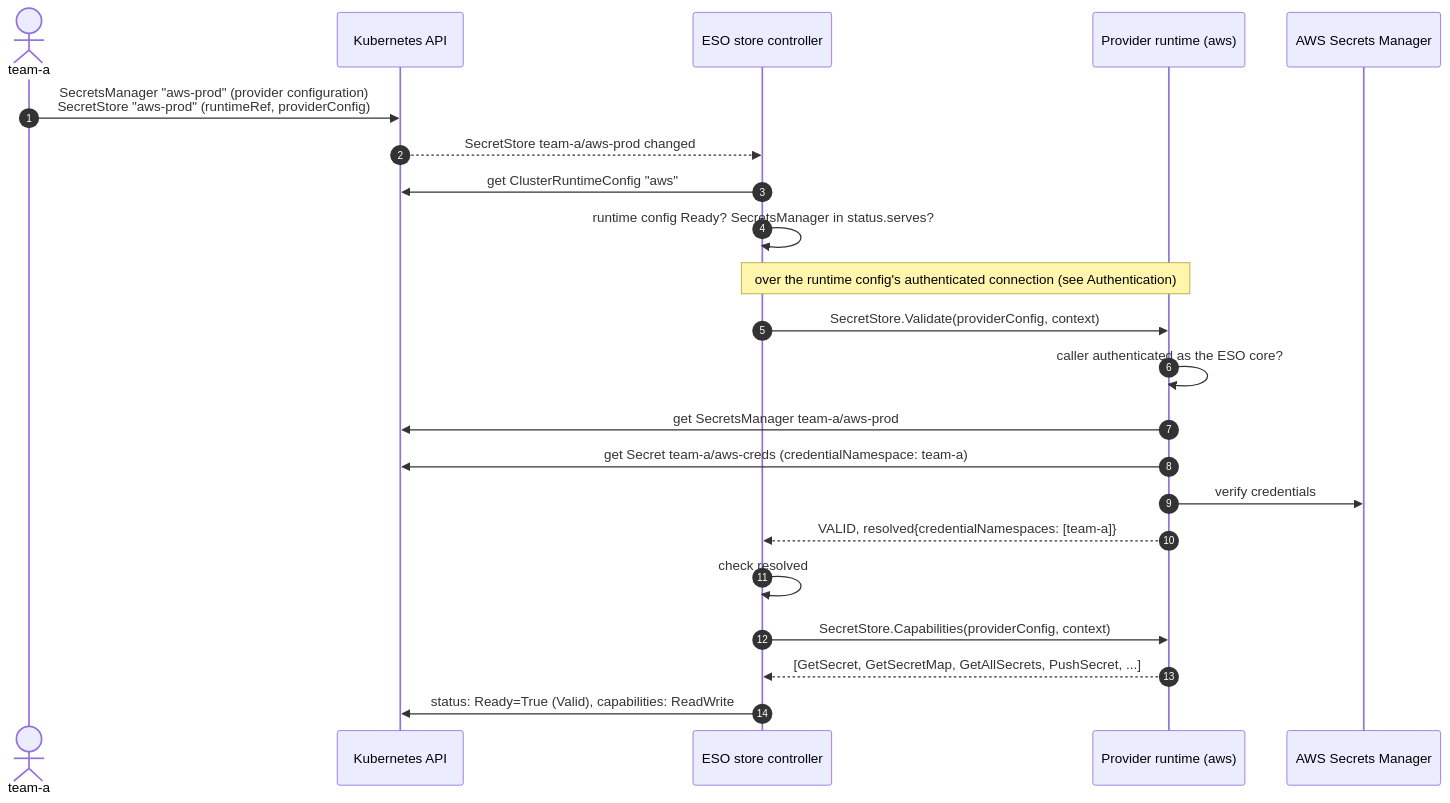
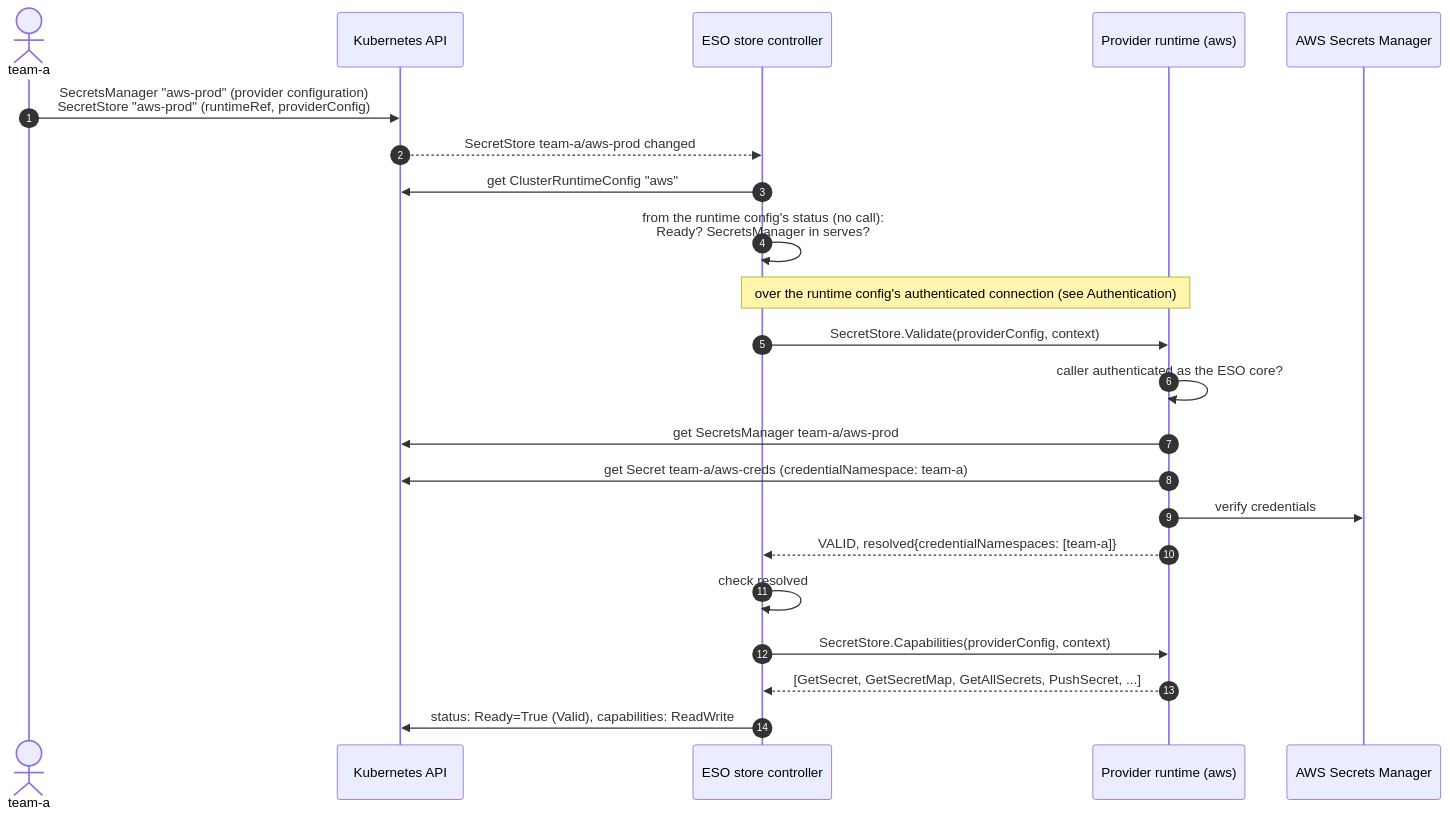
One commit to external-secrets/external-secrets changed the third of 6 diagrams in design/014/PROTOCOL.md. Above: the diagram before and after it, drawn with Mermaid. The commit also changed other lines of this file and 4 other files, not shown here.

````diff
--- a/design/014/PROTOCOL.md
+++ b/design/014/PROTOCOL.md
@@ -315,25 +357,25 @@
 ```mermaid
 sequenceDiagram
     autonumber
     actor Tenant as team-a
     participant K as Kubernetes API
     participant SC as ESO store controller
     participant P as Provider runtime (aws)
     participant B as AWS Secrets Manager
 
     Tenant->>K: SecretsManager "aws-prod" (provider configuration)<br/>SecretStore "aws-prod" (runtimeRef, providerConfig)
     K-->>SC: SecretStore team-a/aws-prod changed
     SC->>K: get ClusterRuntimeConfig "aws"
-    SC->>SC: runtime config Ready? SecretsManager in status.serves?
+    SC->>SC: from the runtime config's status (no call):<br/>Ready? SecretsManager in serves?
     Note over SC,P: over the runtime config's authenticated connection (see Authentication)
     SC->>P: SecretStore.Validate(providerConfig, context)
     P->>P: caller authenticated as the ESO core?
     P->>K: get SecretsManager team-a/aws-prod
     P->>K: get Secret team-a/aws-creds (credentialNamespace: team-a)
     P->>B: verify credentials
     P-->>SC: VALID, resolved{credentialNamespaces: [team-a]}
     SC->>SC: check resolved
     SC->>P: SecretStore.Capabilities(providerConfig, context)
     P-->>SC: [GetSecret, GetSecretMap, GetAllSecrets, PushSecret, ...]
     SC->>K: status: Ready=True (Valid), capabilities: ReadWrite
 ```
````
